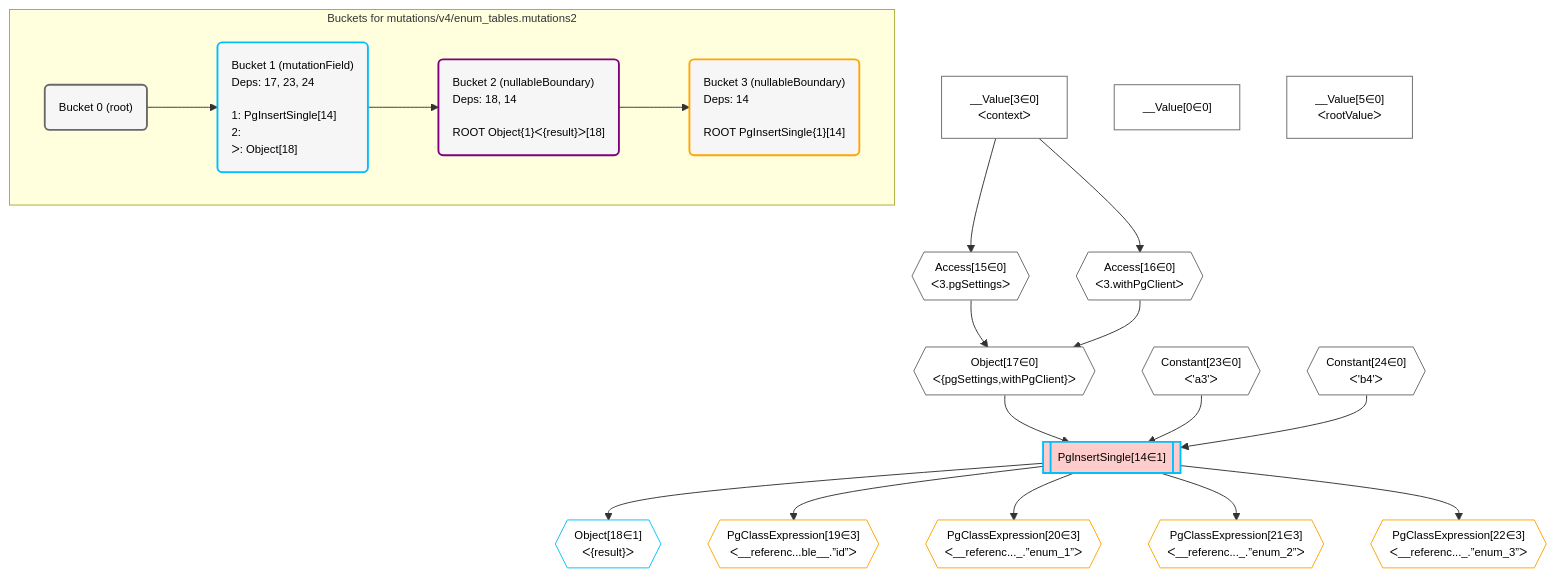
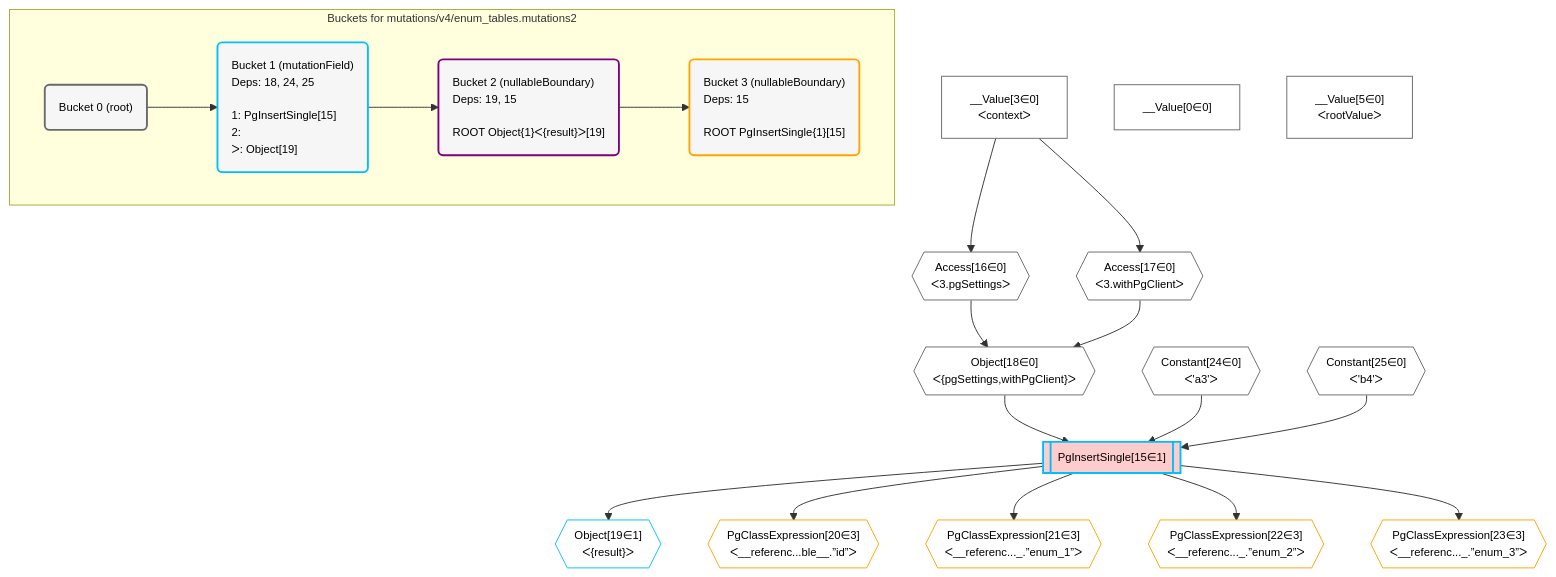
Before and after one commit to graphile/crystal: the diagram in postgraphile/postgraphile/__tests__/mutations/v4/enum_tables.mutations2.mermaid, drawn with Mermaid. The commit also changed 5 other files, not shown here.

```diff
--- a/postgraphile/postgraphile/__tests__/mutations/v4/enum_tables.mutations2.mermaid
+++ b/postgraphile/postgraphile/__tests__/mutations/v4/enum_tables.mutations2.mermaid
@@ -1,54 +1,54 @@
 %%{init: {'themeVariables': { 'fontSize': '12px'}}}%%
 graph TD
     classDef path fill:#eee,stroke:#000,color:#000
     classDef plan fill:#fff,stroke-width:1px,color:#000
     classDef itemplan fill:#fff,stroke-width:2px,color:#000
     classDef unbatchedplan fill:#dff,stroke-width:1px,color:#000
     classDef sideeffectplan fill:#fcc,stroke-width:2px,color:#000
     classDef bucket fill:#f6f6f6,color:#000,stroke-width:2px,text-align:left
 
 
     %% plan dependencies
-    Object17{{"Object[17∈0]<br />ᐸ{pgSettings,withPgClient}ᐳ"}}:::plan
-    Access15{{"Access[15∈0]<br />ᐸ3.pgSettingsᐳ"}}:::plan
-    Access16{{"Access[16∈0]<br />ᐸ3.withPgClientᐳ"}}:::plan
-    Access15 & Access16 --> Object17
+    Object18{{"Object[18∈0]<br />ᐸ{pgSettings,withPgClient}ᐳ"}}:::plan
+    Access16{{"Access[16∈0]<br />ᐸ3.pgSettingsᐳ"}}:::plan
+    Access17{{"Access[17∈0]<br />ᐸ3.withPgClientᐳ"}}:::plan
+    Access16 & Access17 --> Object18
     __Value3["__Value[3∈0]<br />ᐸcontextᐳ"]:::plan
-    __Value3 --> Access15
     __Value3 --> Access16
+    __Value3 --> Access17
     __Value0["__Value[0∈0]"]:::plan
     __Value5["__Value[5∈0]<br />ᐸrootValueᐳ"]:::plan
-    Constant23{{"Constant[23∈0]<br />ᐸ'a3'ᐳ"}}:::plan
-    Constant24{{"Constant[24∈0]<br />ᐸ'b4'ᐳ"}}:::plan
-    PgInsertSingle14[["PgInsertSingle[14∈1]"]]:::sideeffectplan
-    Object17 & Constant23 & Constant24 --> PgInsertSingle14
-    Object18{{"Object[18∈1]<br />ᐸ{result}ᐳ"}}:::plan
-    PgInsertSingle14 --> Object18
-    PgClassExpression19{{"PgClassExpression[19∈3]<br />ᐸ__referenc...ble__.”id”ᐳ"}}:::plan
-    PgInsertSingle14 --> PgClassExpression19
-    PgClassExpression20{{"PgClassExpression[20∈3]<br />ᐸ__referenc..._.”enum_1”ᐳ"}}:::plan
-    PgInsertSingle14 --> PgClassExpression20
-    PgClassExpression21{{"PgClassExpression[21∈3]<br />ᐸ__referenc..._.”enum_2”ᐳ"}}:::plan
-    PgInsertSingle14 --> PgClassExpression21
-    PgClassExpression22{{"PgClassExpression[22∈3]<br />ᐸ__referenc..._.”enum_3”ᐳ"}}:::plan
-    PgInsertSingle14 --> PgClassExpression22
+    Constant24{{"Constant[24∈0]<br />ᐸ'a3'ᐳ"}}:::plan
+    Constant25{{"Constant[25∈0]<br />ᐸ'b4'ᐳ"}}:::plan
+    PgInsertSingle15[["PgInsertSingle[15∈1]"]]:::sideeffectplan
+    Object18 & Constant24 & Constant25 --> PgInsertSingle15
+    Object19{{"Object[19∈1]<br />ᐸ{result}ᐳ"}}:::plan
+    PgInsertSingle15 --> Object19
+    PgClassExpression20{{"PgClassExpression[20∈3]<br />ᐸ__referenc...ble__.”id”ᐳ"}}:::plan
+    PgInsertSingle15 --> PgClassExpression20
+    PgClassExpression21{{"PgClassExpression[21∈3]<br />ᐸ__referenc..._.”enum_1”ᐳ"}}:::plan
+    PgInsertSingle15 --> PgClassExpression21
+    PgClassExpression22{{"PgClassExpression[22∈3]<br />ᐸ__referenc..._.”enum_2”ᐳ"}}:::plan
+    PgInsertSingle15 --> PgClassExpression22
+    PgClassExpression23{{"PgClassExpression[23∈3]<br />ᐸ__referenc..._.”enum_3”ᐳ"}}:::plan
+    PgInsertSingle15 --> PgClassExpression23
 
     %% define steps
 
     subgraph "Buckets for mutations/v4/enum_tables.mutations2"
     Bucket0("Bucket 0 (root)"):::bucket
     classDef bucket0 stroke:#696969
-    class Bucket0,__Value0,__Value3,__Value5,Access15,Access16,Object17,Constant23,Constant24 bucket0
-    Bucket1("Bucket 1 (mutationField)<br />Deps: 17, 23, 24<br /><br />1: PgInsertSingle[14]<br />2: <br />ᐳ: Object[18]"):::bucket
+    class Bucket0,__Value0,__Value3,__Value5,Access16,Access17,Object18,Constant24,Constant25 bucket0
+    Bucket1("Bucket 1 (mutationField)<br />Deps: 18, 24, 25<br /><br />1: PgInsertSingle[15]<br />2: <br />ᐳ: Object[19]"):::bucket
     classDef bucket1 stroke:#00bfff
-    class Bucket1,PgInsertSingle14,Object18 bucket1
-    Bucket2("Bucket 2 (nullableBoundary)<br />Deps: 18, 14<br /><br />ROOT Object{1}ᐸ{result}ᐳ[18]"):::bucket
+    class Bucket1,PgInsertSingle15,Object19 bucket1
+    Bucket2("Bucket 2 (nullableBoundary)<br />Deps: 19, 15<br /><br />ROOT Object{1}ᐸ{result}ᐳ[19]"):::bucket
     classDef bucket2 stroke:#7f007f
     class Bucket2 bucket2
-    Bucket3("Bucket 3 (nullableBoundary)<br />Deps: 14<br /><br />ROOT PgInsertSingle{1}[14]"):::bucket
+    Bucket3("Bucket 3 (nullableBoundary)<br />Deps: 15<br /><br />ROOT PgInsertSingle{1}[15]"):::bucket
     classDef bucket3 stroke:#ffa500
-    class Bucket3,PgClassExpression19,PgClassExpression20,PgClassExpression21,PgClassExpression22 bucket3
+    class Bucket3,PgClassExpression20,PgClassExpression21,PgClassExpression22,PgClassExpression23 bucket3
     Bucket0 --> Bucket1
     Bucket1 --> Bucket2
     Bucket2 --> Bucket3
     end
```
